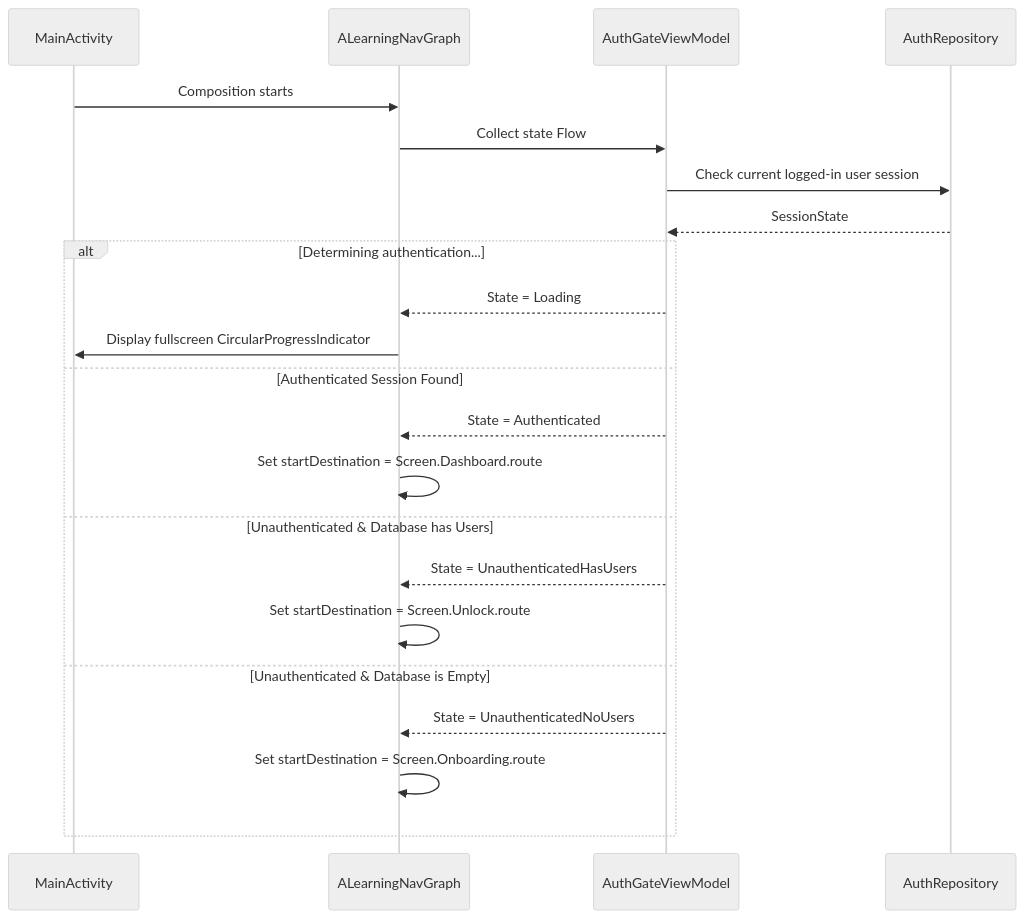
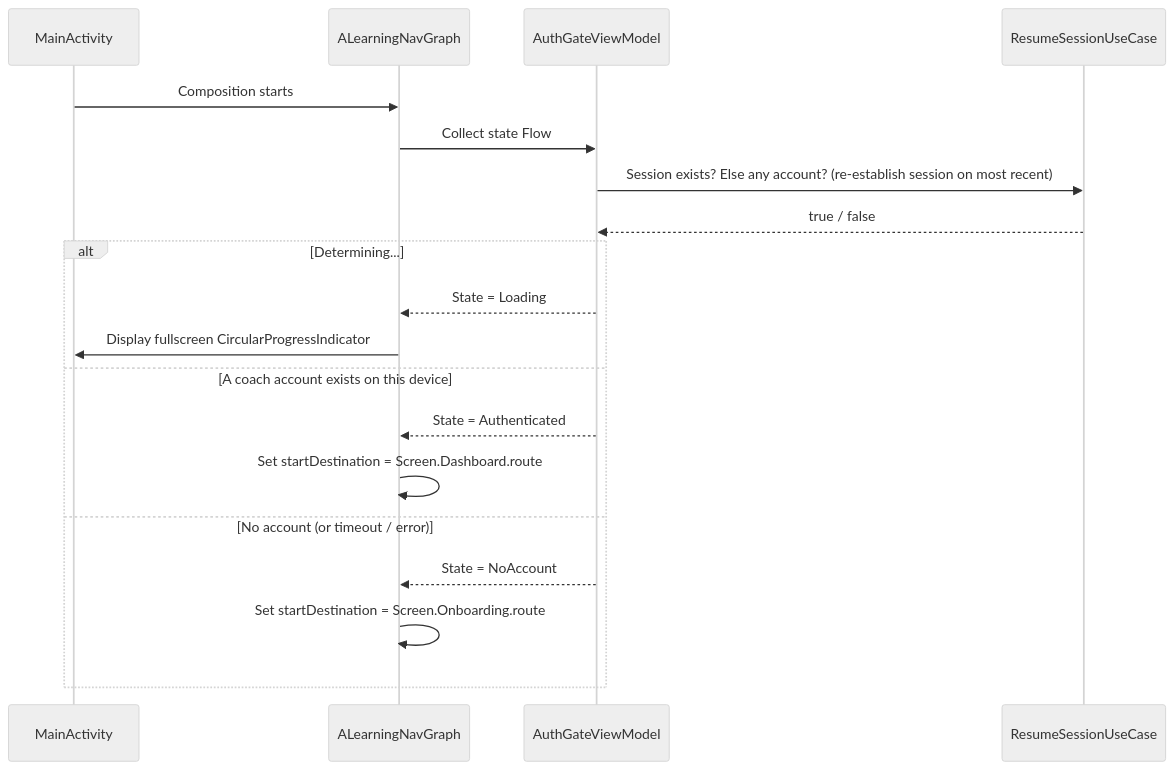
One commit to vamshigunda-star/Field changed the third of 4 diagrams in DEVELOPMENT_CONTEXT.md. Above: the diagram before and after it, drawn with Mermaid (neutral theme). The commit also changed other lines of this file and 83 other files, not shown here.

````diff
--- a/DEVELOPMENT_CONTEXT.md
+++ b/DEVELOPMENT_CONTEXT.md
@@ -201,25 +200,22 @@
 ```mermaid
 sequenceDiagram
     participant Main as MainActivity
     participant Nav as ALearningNavGraph
     participant VM as AuthGateViewModel
-    participant Rep as AuthRepository
+    participant UC as ResumeSessionUseCase
 
     Main->>Nav: Composition starts
     Nav->>VM: Collect state Flow
-    VM->>Rep: Check current logged-in user session
-    Rep-->>VM: SessionState
-    alt Determining authentication...
+    VM->>UC: Session exists? Else any account? (re-establish session on most recent)
+    UC-->>VM: true / false
+    alt Determining...
         VM-->>Nav: State = Loading
         Nav->>Main: Display fullscreen CircularProgressIndicator
-    else Authenticated Session Found
+    else A coach account exists on this device
         VM-->>Nav: State = Authenticated
         Nav->>Nav: Set startDestination = Screen.Dashboard.route
-    else Unauthenticated & Database has Users
-        VM-->>Nav: State = UnauthenticatedHasUsers
-        Nav->>Nav: Set startDestination = Screen.Unlock.route
-    else Unauthenticated & Database is Empty
-        VM-->>Nav: State = UnauthenticatedNoUsers
+    else No account (or timeout / error)
+        VM-->>Nav: State = NoAccount
         Nav->>Nav: Set startDestination = Screen.Onboarding.route
     end
 ```
````
